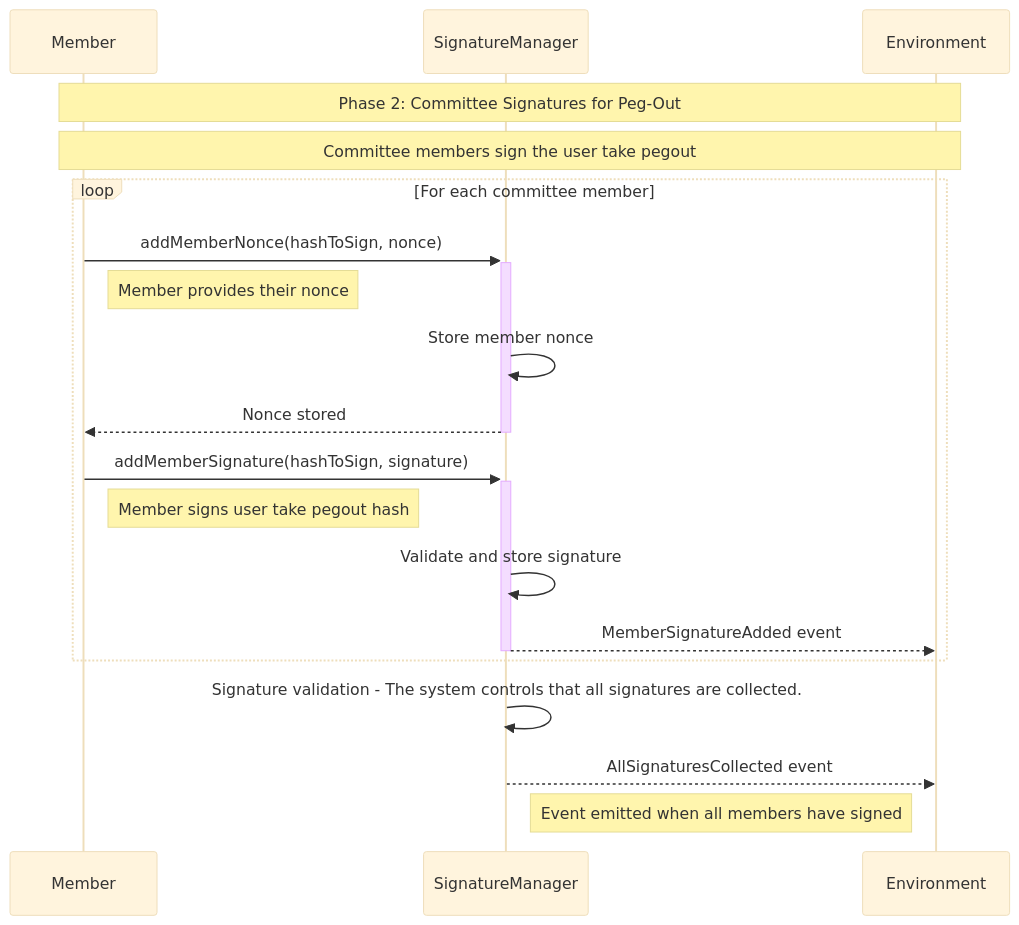
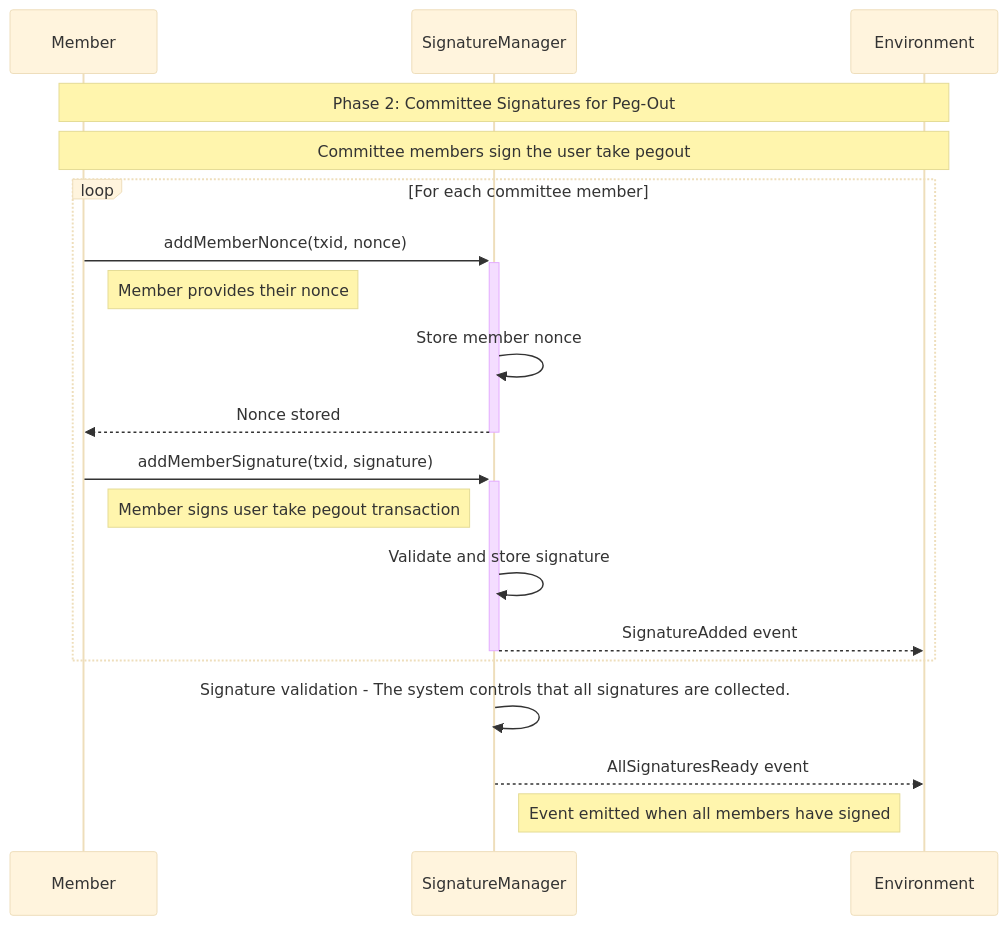
The ninth of 12 diagrams in README.md (rsksmart/union-bridge-contracts), drawn with Mermaid (base theme) before and after one commit. The commit also changed other lines of this file and 2 other files, not shown here.

````diff
--- a/README.md
+++ b/README.md
@@ -656,24 +662,24 @@
 ```mermaid
 sequenceDiagram
     participant M as Member
     participant SM as SignatureManager
     participant ENV as Environment
 
     Note over M,ENV: Phase 2: Committee Signatures for Peg-Out
     Note over M,ENV: Committee members sign the user take pegout
 
     loop For each committee member
-        M->>+SM: addMemberNonce(hashToSign, nonce)
+        M->>+SM: addMemberNonce(txid, nonce)
         Note right of M: Member provides their nonce
         SM->>SM: Store member nonce
         SM-->>-M: Nonce stored
-        M->>+SM: addMemberSignature(hashToSign, signature)
-        Note right of M: Member signs user take pegout hash
+        M->>+SM: addMemberSignature(txid, signature)
+        Note right of M: Member signs user take pegout transaction
         SM->>SM: Validate and store signature
-        SM-->>-ENV: MemberSignatureAdded event
+        SM-->>-ENV: SignatureAdded event
     end
 
     SM->>SM: Signature validation - The system controls that all signatures are collected.
-    SM-->>ENV: AllSignaturesCollected event
+    SM-->>ENV: AllSignaturesReady event
     Note right of SM: Event emitted when all members have signed
 ```
````
